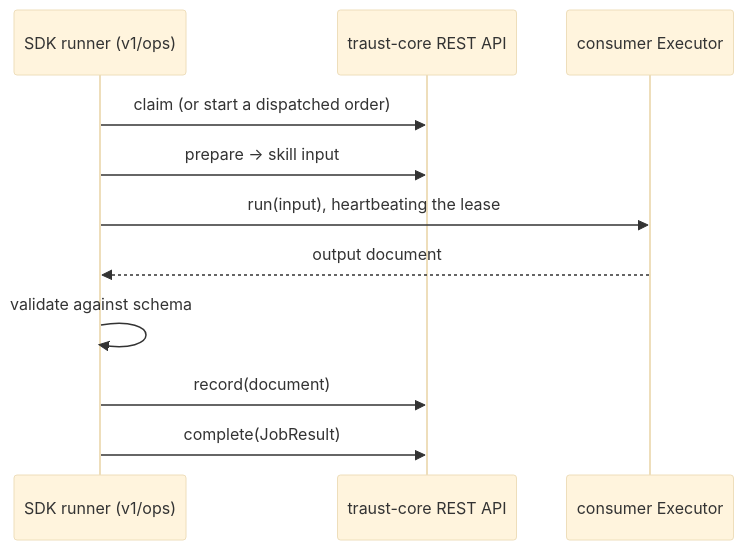
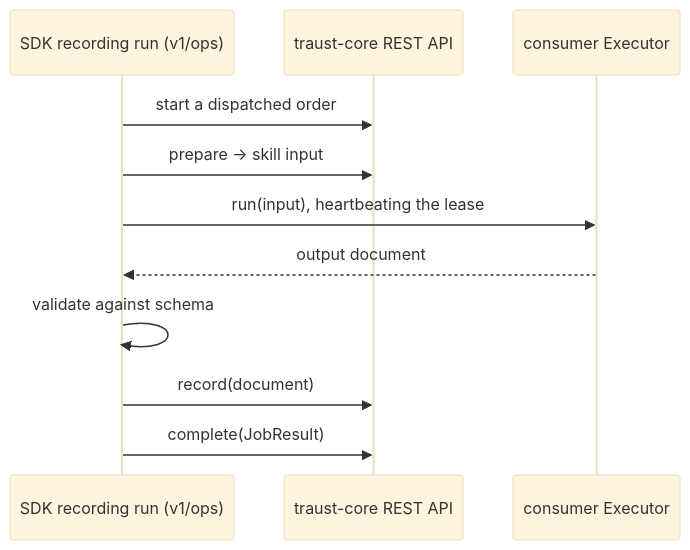
The diagram in AGENTS.md (smith-xyz/traust-sdk), drawn with Mermaid (base theme) before and after one commit. The commit also changed other lines of this file and 12 other files, not shown here.

````diff
--- a/AGENTS.md
+++ b/AGENTS.md
@@ -30,13 +35,13 @@
 ```mermaid
 sequenceDiagram
-    participant R as SDK runner (v1/ops)
+    participant R as SDK recording run (v1/ops)
     participant API as traust-core REST API
     participant X as consumer Executor
-    R->>API: claim (or start a dispatched order)
+    R->>API: start a dispatched order
     R->>API: prepare → skill input
     R->>X: run(input), heartbeating the lease
     X-->>R: output document
     R->>R: validate against schema
     R->>API: record(document)
     R->>API: complete(JobResult)
 ```
````
